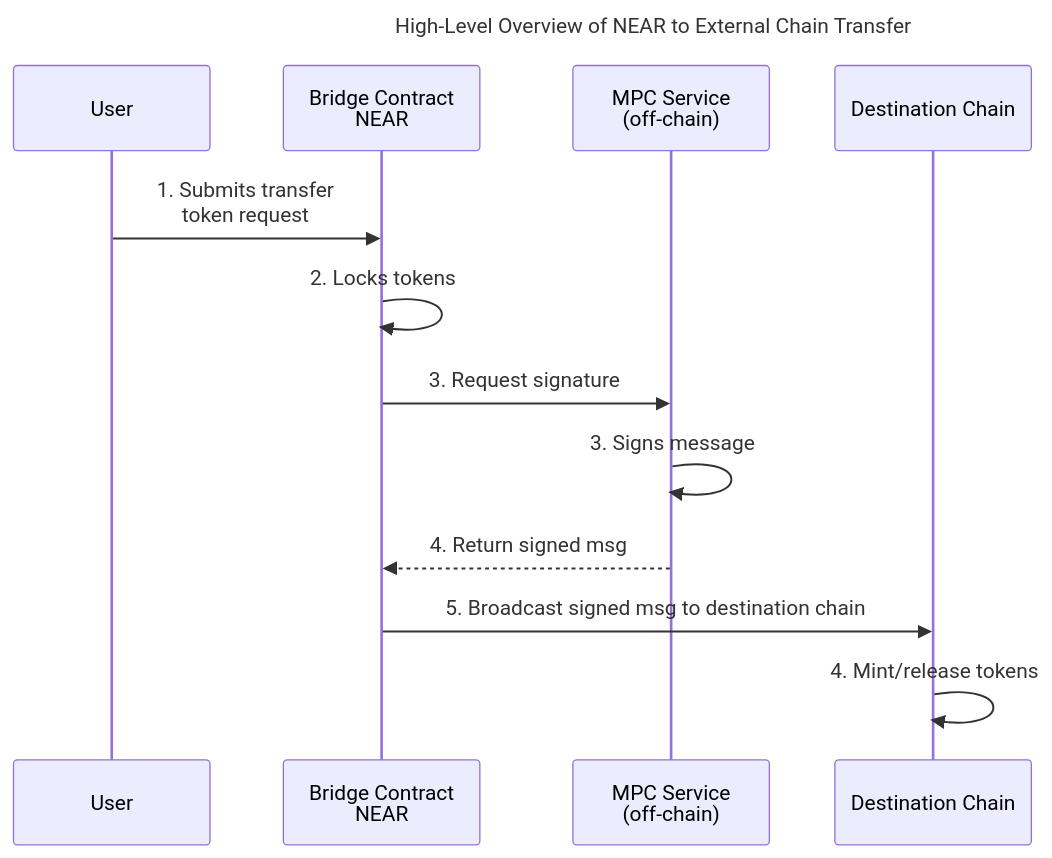
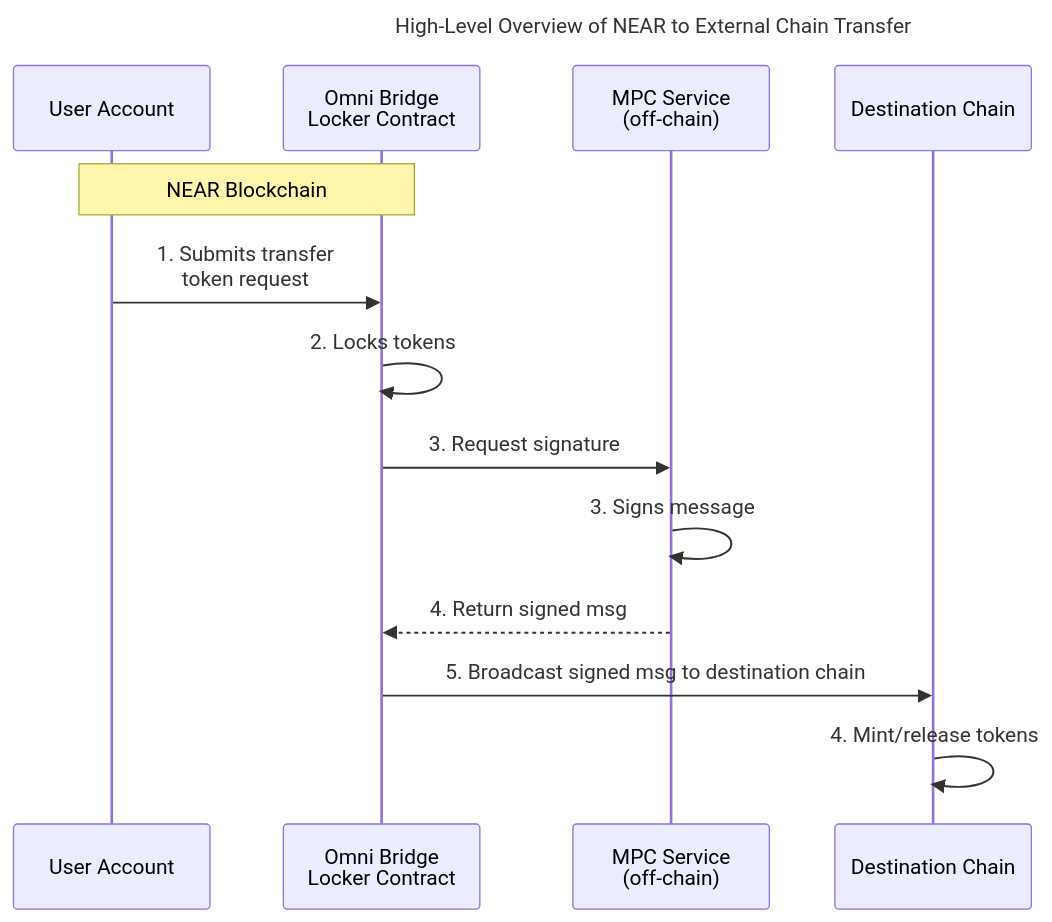
Before and after one commit to near/docs: the diagram in docs/1.concepts/abstraction/omnibridge/how-it-works.md, drawn with Mermaid. The commit also changed other lines of this file and 1 other file, not shown here.

Commit message:
fix: update what-is and implementation

````diff
--- a/docs/1.concepts/abstraction/omnibridge/how-it-works.md
+++ b/docs/1.concepts/abstraction/omnibridge/how-it-works.md
@@ -40,16 +60,18 @@
 ```mermaid
 sequenceDiagram
    title: High-Level Overview of NEAR to External Chain Transfer
-   participant User
-   participant NEAR as Bridge Contract <br> NEAR
+   participant User as User Account
+   participant Bridge as Omni Bridge <br> Locker Contract
    participant MPC as MPC Service <br> (off-chain)
    participant Other as Destination Chain
+
+   note over User, Bridge: NEAR Blockchain
  
-    User->>NEAR:1. Submits transfer <br> token request
-    NEAR->>NEAR: 2. Locks tokens
-    NEAR->>MPC: 3. Request signature
+    User->>Bridge:1. Submits transfer <br> token request
+    Bridge->>Bridge: 2. Locks tokens
+    Bridge->>MPC: 3. Request signature
     MPC->>MPC: 3. Signs message
-    MPC-->>NEAR: 4. Return signed msg
-    NEAR->>Other: 5. Broadcast signed msg to destination chain
+    MPC-->>Bridge: 4. Return signed msg
+    Bridge->>Other: 5. Broadcast signed msg to destination chain
     Other->>Other: 4. Mint/release tokens
 ``` 
````
